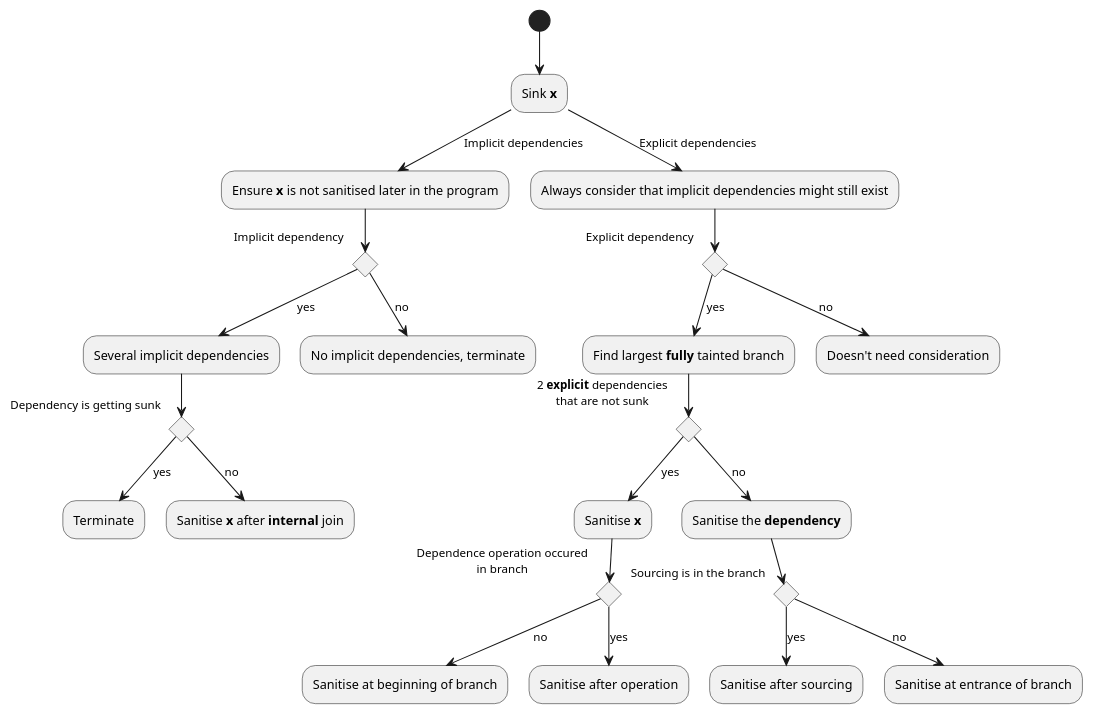
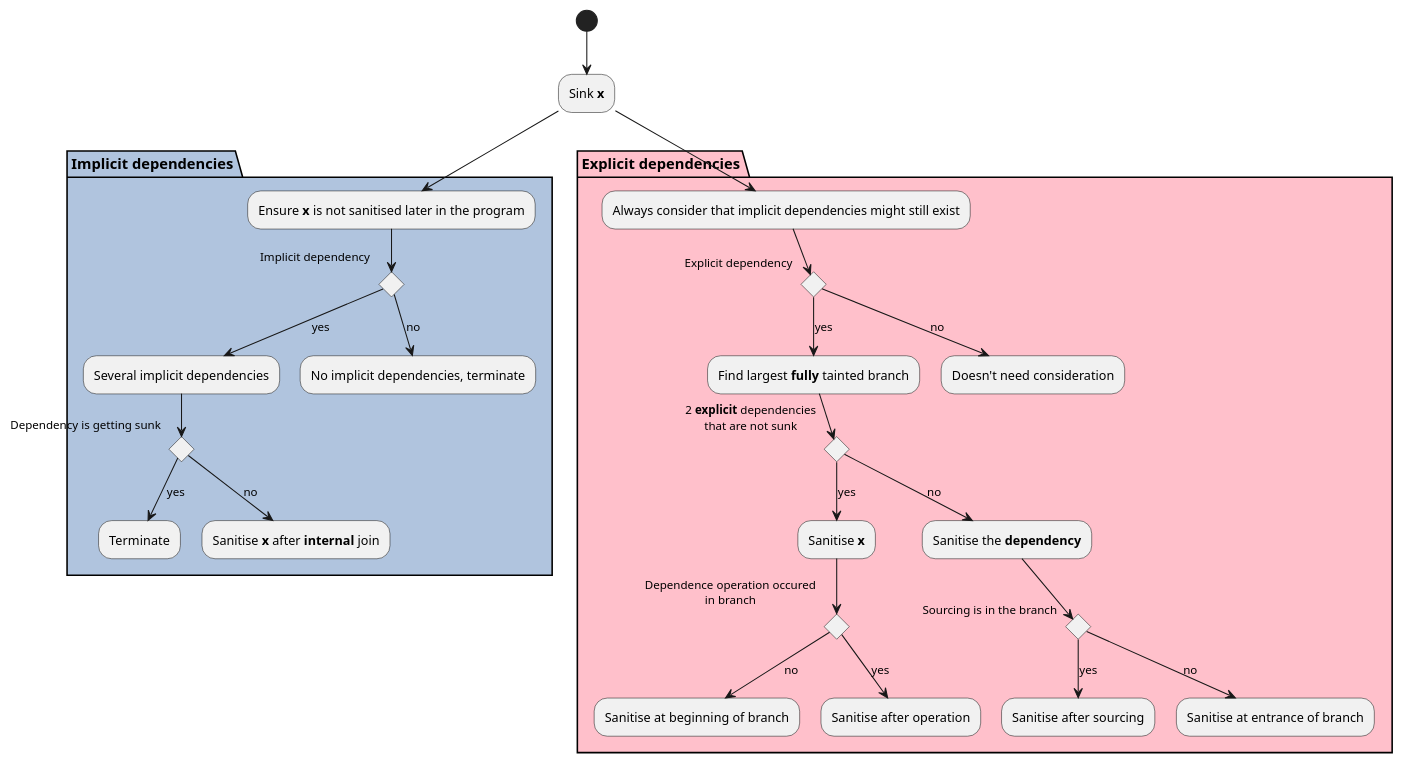
The first of 2 diagrams in README.md (f4z3r/pass_project), drawn with PlantUML before and after one commit. The commit also changed other lines of this file and 1 other file, not shown here.

````diff
--- a/README.md
+++ b/README.md
@@ -112,40 +58,42 @@
 ```plantuml
 @startuml
 (*) --> "Sink <b>x</b>"
-
--->[Implicit dependencies] "Ensure <b>x</b> is not sanitised later in the program"
+partition "Implicit dependencies" #LightSteelBlue {
+--> "Ensure <b>x</b> is not sanitised later in the program"
 if "Implicit dependency" then
   -->[yes] "Several implicit dependencies"
   if "Dependency is getting sunk" then
     -->[yes] "Terminate"
   else
     -->[no] "Sanitise <b>x</b> after <b>internal</b> join"
   endif
 else
   -->[no] "No implicit dependencies, terminate"
 endif
+}
 
-
-"Sink <b>x</b>" -->[Explicit dependencies] "Always consider that implicit dependencies might still exist"
+partition "Explicit dependencies" #Pink {
+"Sink <b>x</b>" --> "Always consider that implicit dependencies might still exist"
 if "Explicit dependency" then
   -->[yes] "Find largest <b>fully</b> tainted branch"
   if "2 <b>explicit</b> dependencies\nthat are not sunk" then
     -->[yes] "Sanitise <b>x</b>"
     if "Dependence operation occured\nin branch" then
       -->[no] "Sanitise at beginning of branch"
     else
       -->[yes] "Sanitise after operation"
     endif
   else
     -->[no] "Sanitise the <b>dependency</b>"
     if "Sourcing is in the branch" then
       -->[yes] "Sanitise after sourcing"
     else
       -->[no] "Sanitise at entrance of branch"
     endif
   endif
 else
   -->[no] "Doesn't need consideration"
 endif
+}
 @enduml
 ```
````
